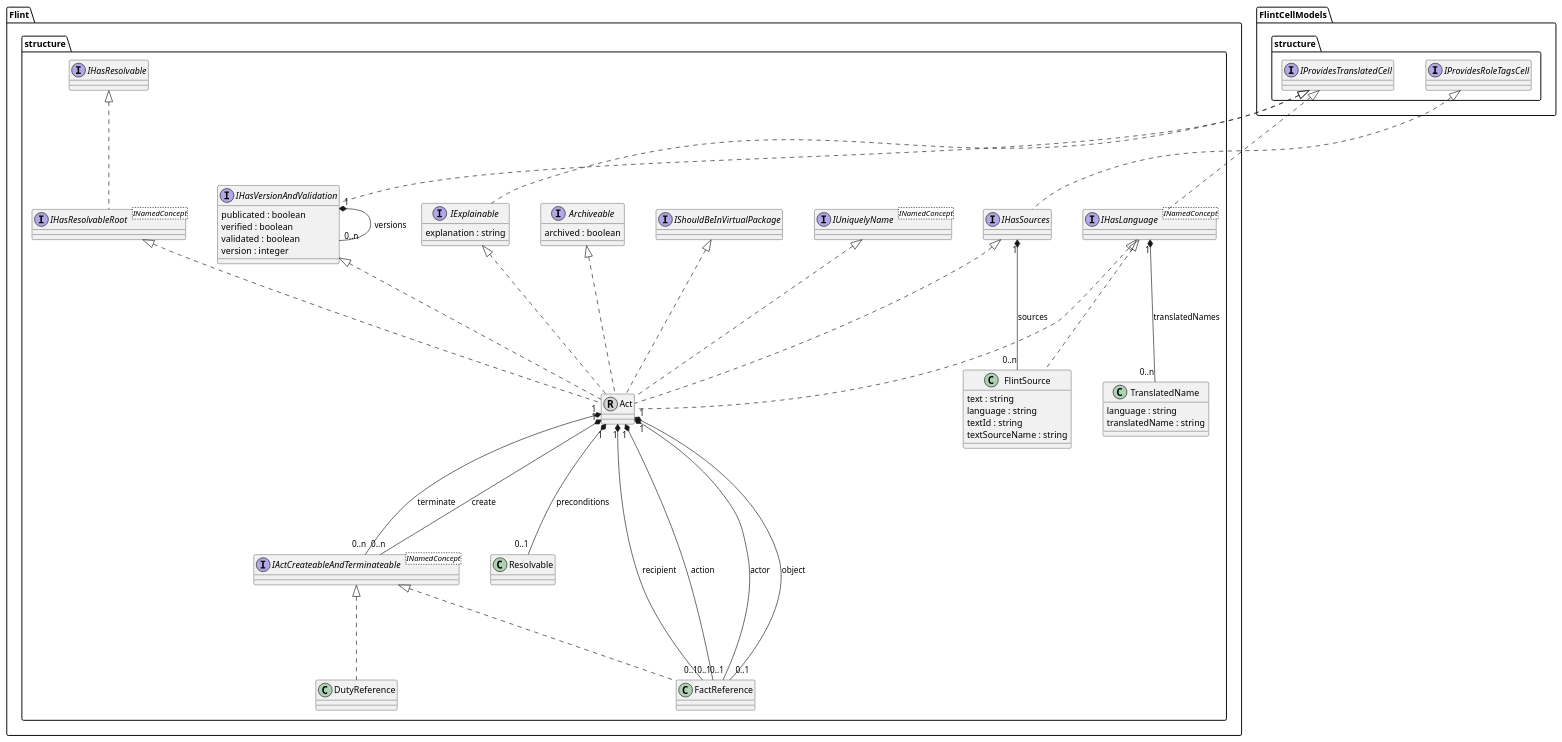
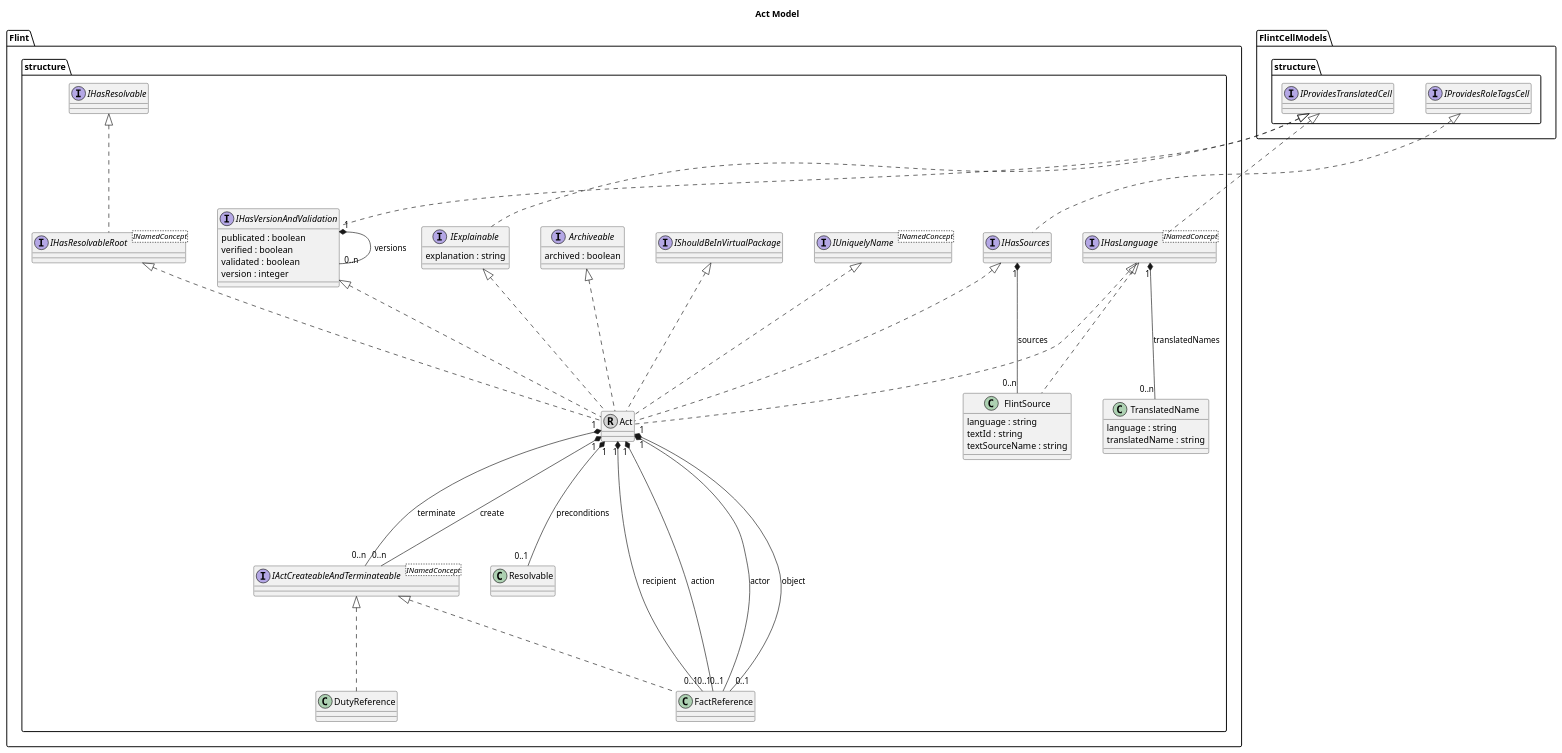
One commit to discipl/flinteditor-mps changed the diagram in docs/uml/act-model.puml. Above: the diagram before and after it, drawn with PlantUML. The commit also changed 13 other files, not shown here.

```diff
--- a/docs/uml/act-model.puml
+++ b/docs/uml/act-model.puml
@@ -1,83 +1,83 @@
 @startuml Act-Model
+title Act Model
 skinparam nodesep 50
 skinparam ranksep 150
 
 'Top level interfaces'
 interface "Flint.structure.IUniquelyName" <INamedConcept>
 interface "Flint.structure.IShouldBeInVirtualPackage"
 interface "Flint.structure.Archiveable" 
 "Flint.structure.Archiveable" : archived : boolean
 interface "Flint.structure.IHasResolvable"
 
 
 'Explainable'
 interface "Flint.structure.IExplainable"
 interface "FlintCellModels.structure.IProvidesTranslatedCell"
 "Flint.structure.IExplainable" : explanation : string
 "FlintCellModels.structure.IProvidesTranslatedCell" <|.. "Flint.structure.IExplainable"
 
 'IHasResolveableRoot'
 interface "Flint.structure.IHasResolvableRoot" <INamedConcept>
 interface "Flint.structure.IHasResolvable"
 "Flint.structure.IHasResolvable" <|.. "Flint.structure.IHasResolvableRoot"
 
 'IHasLanguage'
 interface "Flint.structure.IHasLanguage" <INamedConcept>
 interface "FlintCellModels.structure.IProvidesTranslatedCell"
 class "Flint.structure.TranslatedName"  
 "Flint.structure.TranslatedName" : language : string
 "Flint.structure.TranslatedName" : translatedName : string
 "FlintCellModels.structure.IProvidesTranslatedCell" <|.. "Flint.structure.IHasLanguage"
 "Flint.structure.IHasLanguage" "1" *-- "0..n" "Flint.structure.TranslatedName" : translatedNames
  
 'IHasVersionAndValidation'
 interface "Flint.structure.IHasVersionAndValidation"
 interface "FlintCellModels.structure.IProvidesTranslatedCell" 
 "Flint.structure.IHasVersionAndValidation" : publicated : boolean
 "Flint.structure.IHasVersionAndValidation" : verified : boolean
 "Flint.structure.IHasVersionAndValidation" : validated : boolean
 "Flint.structure.IHasVersionAndValidation" : version : integer
 "FlintCellModels.structure.IProvidesTranslatedCell" <|.. "Flint.structure.IHasVersionAndValidation"
 "Flint.structure.IHasVersionAndValidation" "1" *-- "0..n" "Flint.structure.IHasVersionAndValidation" : versions
 
 'IHasSources'
 interface "Flint.structure.IHasSources"
 interface "FlintCellModels.structure.IProvidesRoleTagsCell"
     'FlintSource'
     class "Flint.structure.FlintSource"
-    "Flint.structure.FlintSource" : text : string
     "Flint.structure.FlintSource" : language : string
     "Flint.structure.FlintSource" : textId : string
     "Flint.structure.FlintSource" : textSourceName : string 
     "Flint.structure.IHasLanguage" <|.. "Flint.structure.FlintSource" 
 
 "FlintCellModels.structure.IProvidesRoleTagsCell" <|.. "Flint.structure.IHasSources"
 "Flint.structure.IHasSources" "1" *-- "0..n" "Flint.structure.FlintSource" : sources
 
 'Act'
 interface "Flint.structure.IActCreateableAndTerminateable" <INamedConcept>
 class "Flint.structure.Act"  << (R, lightgrey) >>
 class "Flint.structure.Resolvable"  
 class "Flint.structure.FactReference"  
 class "Flint.structure.DutyReference"
 
 "Flint.structure.IUniquelyName" <|.. "Flint.structure.Act"
 "Flint.structure.IExplainable" <|.. "Flint.structure.Act"
 "Flint.structure.IHasResolvableRoot" <|.. "Flint.structure.Act"
 "Flint.structure.IHasSources" <|.. "Flint.structure.Act"
 "Flint.structure.IShouldBeInVirtualPackage" <|.. "Flint.structure.Act"
 "Flint.structure.IHasLanguage" <|.. "Flint.structure.Act"
 "Flint.structure.IHasVersionAndValidation" <|.. "Flint.structure.Act"
 "Flint.structure.Archiveable" <|.. "Flint.structure.Act"
 "Flint.structure.Act" "1" *-- "0..1" "Flint.structure.Resolvable" : preconditions
 "Flint.structure.Act" "1" *-- "0..n" "Flint.structure.IActCreateableAndTerminateable" : create
 "Flint.structure.Act" "1" *-- "0..n" "Flint.structure.IActCreateableAndTerminateable" : terminate
 "Flint.structure.Act" "1" *-- "0..1" "Flint.structure.FactReference" : actor
 "Flint.structure.Act" "1" *-- "0..1" "Flint.structure.FactReference" : object
 "Flint.structure.Act" "1" *-- "0..1" "Flint.structure.FactReference" : recipient
 "Flint.structure.Act" "1" *-- "0..1" "Flint.structure.FactReference" : action
 "Flint.structure.IActCreateableAndTerminateable" <|.. "Flint.structure.FactReference"
 "Flint.structure.IActCreateableAndTerminateable" <|.. "Flint.structure.DutyReference"
 
 
 @enduml
```
